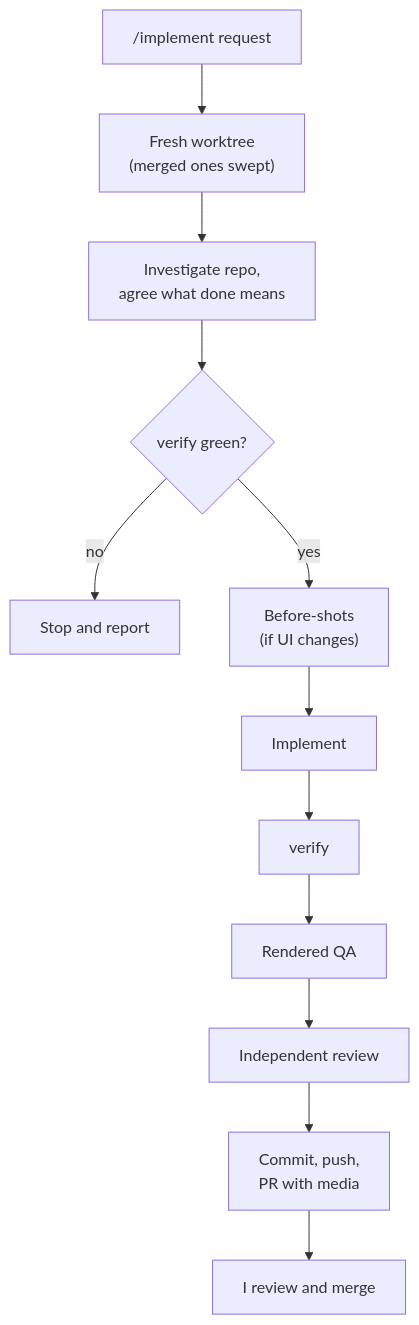
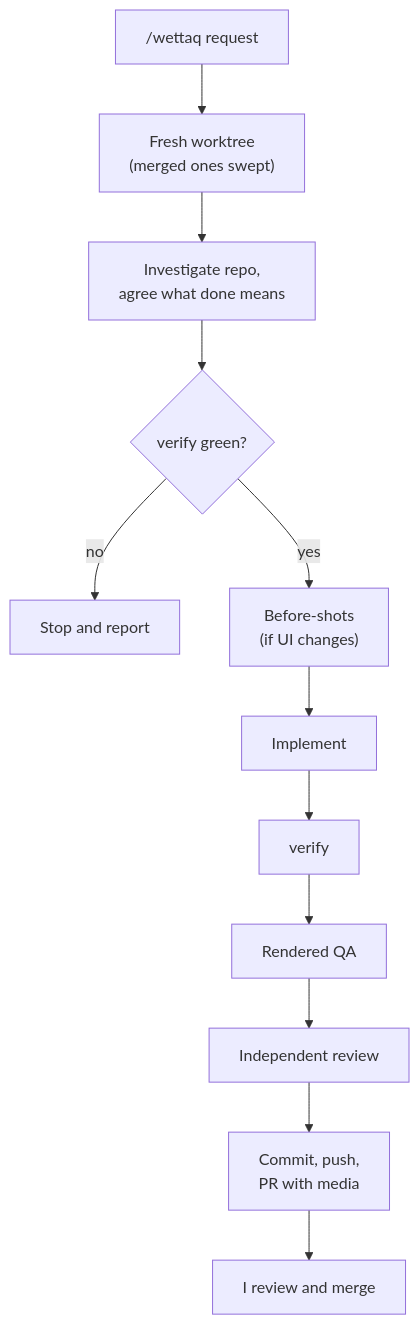
One commit to alexportelli12/mexxi changed the diagram in README.md. Above: the diagram before and after it, drawn with Mermaid. The commit also changed other lines of this file and 43 other files, not shown here.

````diff
--- a/README.md
+++ b/README.md
@@ -29,14 +29,14 @@
 ```mermaid
 flowchart TD
-  A["/implement request"] --> B["Fresh worktree<br/>(merged ones swept)"]
+  A["/wettaq request"] --> B["Fresh worktree<br/>(merged ones swept)"]
   B --> C["Investigate repo,<br/>agree what done means"]
   C --> D{"verify green?"}
   D -- no --> S["Stop and report"]
   D -- yes --> E["Before-shots<br/>(if UI changes)"]
   E --> F["Implement"]
   F --> G["verify"]
   G --> H["Rendered QA"]
   H --> I["Independent review"]
   I --> J["Commit, push,<br/>PR with media"]
   J --> K["I review and merge"]
 ```
````
